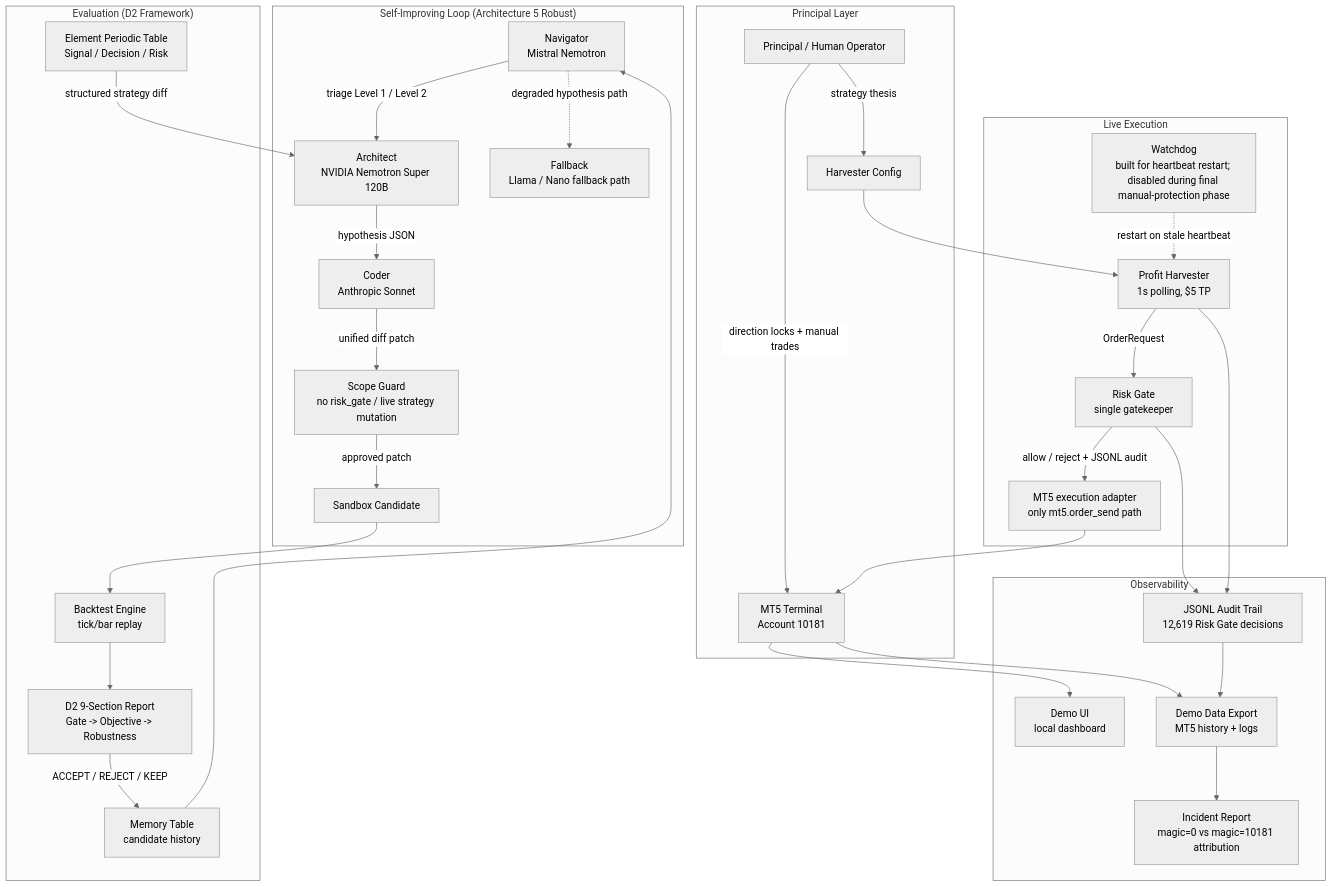
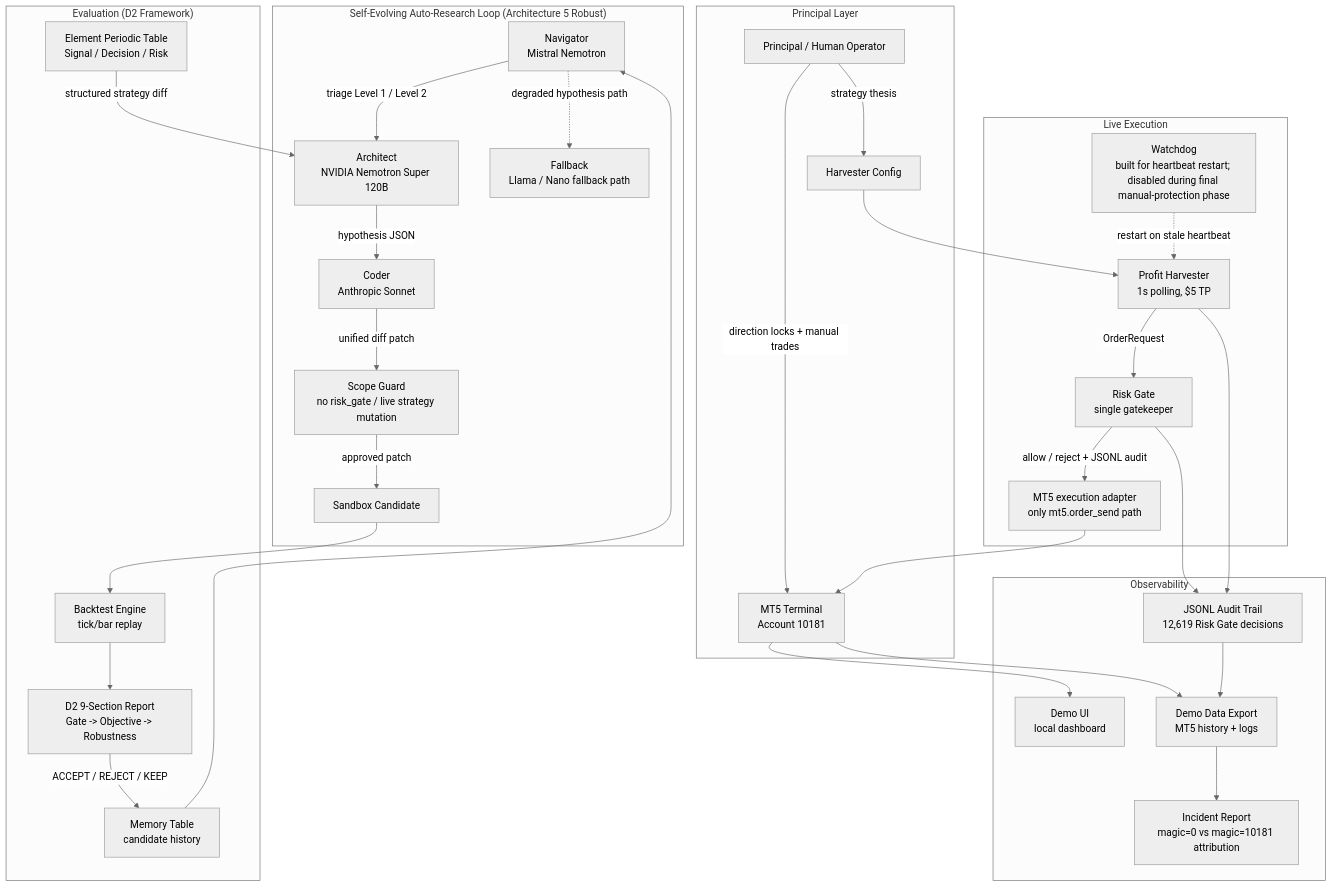
Before and after one commit to Brishian427/Triofolium: the diagram in docs/architecture.md, drawn with Mermaid (neutral theme). The commit also changed other lines of this file and 24 other files, not shown here.

Commit message:
docs: reframe as self-evolving auto-research system ☘

````diff
--- a/docs/architecture.md
+++ b/docs/architecture.md
@@ -5,63 +5,63 @@
 ```mermaid
 graph TB
     subgraph "Principal Layer"
         P["Principal / Human Operator"]
         P -->|"direction locks + manual trades"| MT5["MT5 Terminal<br/>Account 10181"]
         P -->|"strategy thesis"| HarvConfig["Harvester Config"]
     end
 
-    subgraph "Self-Improving Loop (Architecture 5 Robust)"
+    subgraph "Self-Evolving Auto-Research Loop (Architecture 5 Robust)"
         Nav["Navigator<br/>Mistral Nemotron"]
         Arc["Architect<br/>NVIDIA Nemotron Super 120B"]
         Cod["Coder<br/>Anthropic Sonnet"]
         FB["Fallback<br/>Llama / Nano fallback path"]
         Guard["Scope Guard<br/>no risk_gate / live strategy mutation"]
         Sandbox["Sandbox Candidate"]
 
         Nav -->|"triage Level 1 / Level 2"| Arc
         Nav -.->|"degraded hypothesis path"| FB
         Arc -->|"hypothesis JSON"| Cod
         Cod -->|"unified diff patch"| Guard
         Guard -->|"approved patch"| Sandbox
     end
 
     subgraph "Evaluation (D2 Framework)"
         BT["Backtest Engine<br/>tick/bar replay"]
         D2["D2 9-Section Report<br/>Gate -> Objective -> Robustness"]
         Mem["Memory Table<br/>candidate history"]
         Elem["Element Periodic Table<br/>Signal / Decision / Risk"]
 
         Sandbox --> BT
         BT --> D2
         D2 -->|"ACCEPT / REJECT / KEEP"| Mem
         Elem -->|"structured strategy diff"| Arc
         Mem --> Nav
     end
 
     subgraph "Live Execution"
         Harv["Profit Harvester<br/>1s polling, $5 TP"]
         RG["Risk Gate<br/>single gatekeeper"]
         Exec["MT5 execution adapter<br/>only mt5.order_send path"]
         WD["Watchdog<br/>built for heartbeat restart; disabled during final manual-protection phase"]
 
         HarvConfig --> Harv
         Harv -->|"OrderRequest"| RG
         RG -->|"allow / reject + JSONL audit"| Exec
         Exec --> MT5
         WD -.->|"restart on stale heartbeat"| Harv
     end
 
     subgraph "Observability"
         JSONL["JSONL Audit Trail<br/>12,619 Risk Gate decisions"]
         Demo["Demo UI<br/>local dashboard"]
         Export["Demo Data Export<br/>MT5 history + logs"]
         Inc["Incident Report<br/>magic=0 vs magic=10181 attribution"]
 
         RG --> JSONL
         Harv --> JSONL
         MT5 --> Demo
         MT5 --> Export
         JSONL --> Export
         Export --> Inc
     end
 ```
````
